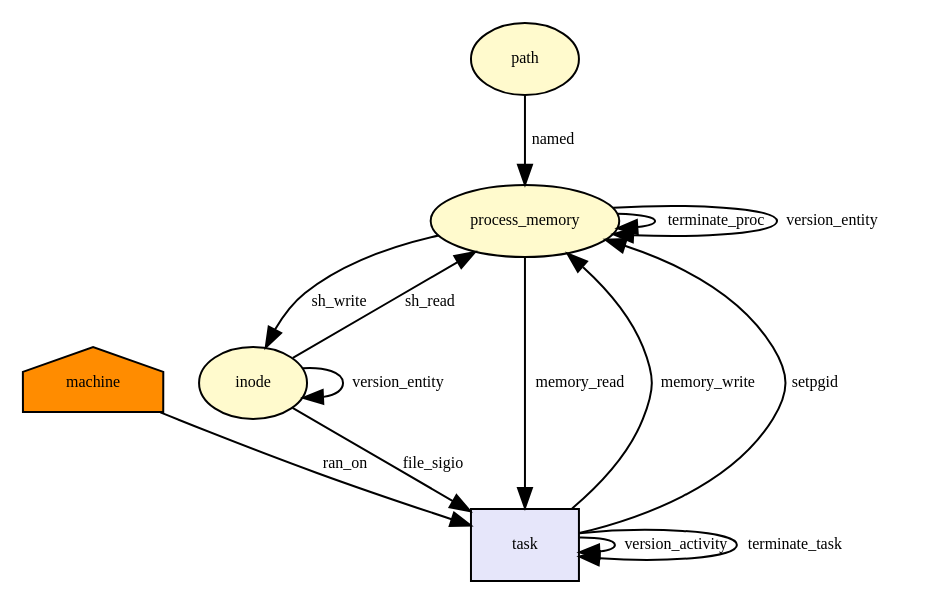
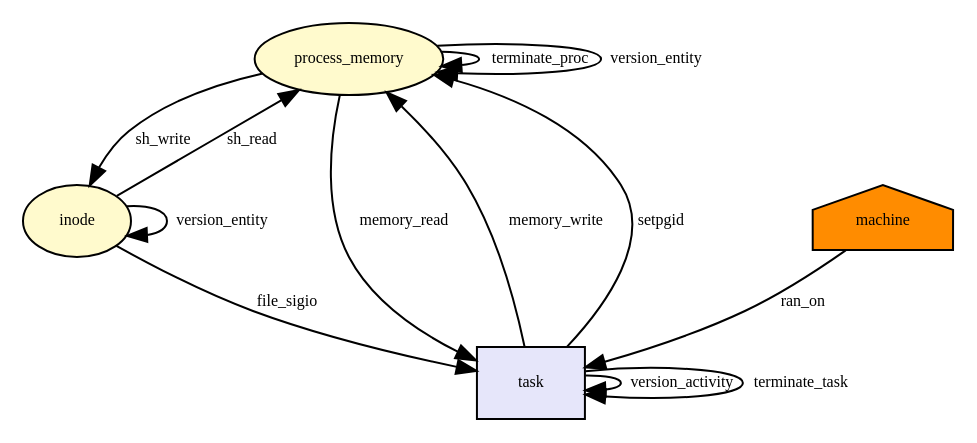
One commit to CamFlow/camflow-dev changed the diagram in docs/dot/__x64_sys_setpgid.dot. Above: the diagram before and after it, drawn with Graphviz. The commit also changed 276 other files, not shown here.

```diff
--- a/docs/dot/__x64_sys_setpgid.dot
+++ b/docs/dot/__x64_sys_setpgid.dot
@@ -1,37 +1,33 @@
 digraph RGL__DirectedAdjacencyGraph {process_memory[fontsize = 8,label = process_memory,shape = ellipse, fillcolor="#fffacd", style = filled]
 
 process_memory -> process_memory[fontsize = 8,label = terminate_proc]
 
 inode[fontsize = 8,label = inode,shape = ellipse, fillcolor="#fffacd", style = filled]
 
 task[fontsize = 8,label = task,shape = rectangle, fillcolor="#e6e6fa", style = filled]
 
 inode -> task[fontsize = 8,label = file_sigio]
 
 task -> process_memory[fontsize = 8,label = memory_write]
 
 task -> task[fontsize = 8,label = version_activity]
 
 process_memory -> process_memory[fontsize = 8,label = version_entity]
 
 process_memory -> inode[fontsize = 8,label = sh_write]
 
 inode -> inode[fontsize = 8,label = version_entity]
 
 task -> task[fontsize = 8,label = terminate_task]
 
-path[fontsize = 8,label = path,shape = ellipse, fillcolor="#fffacd", style = filled]
-
-path -> process_memory[fontsize = 8,label = named]
-
 machine[fontsize = 8,label = machine,shape = house, fillcolor="#ff8c00", style = filled]
 
 machine -> task[fontsize = 8,label = ran_on]
 
 process_memory -> task[fontsize = 8,label = memory_read]
 
 task -> process_memory[fontsize = 8,label = setpgid]
 
 inode -> process_memory[fontsize = 8,label = sh_read]
 
 }
```
